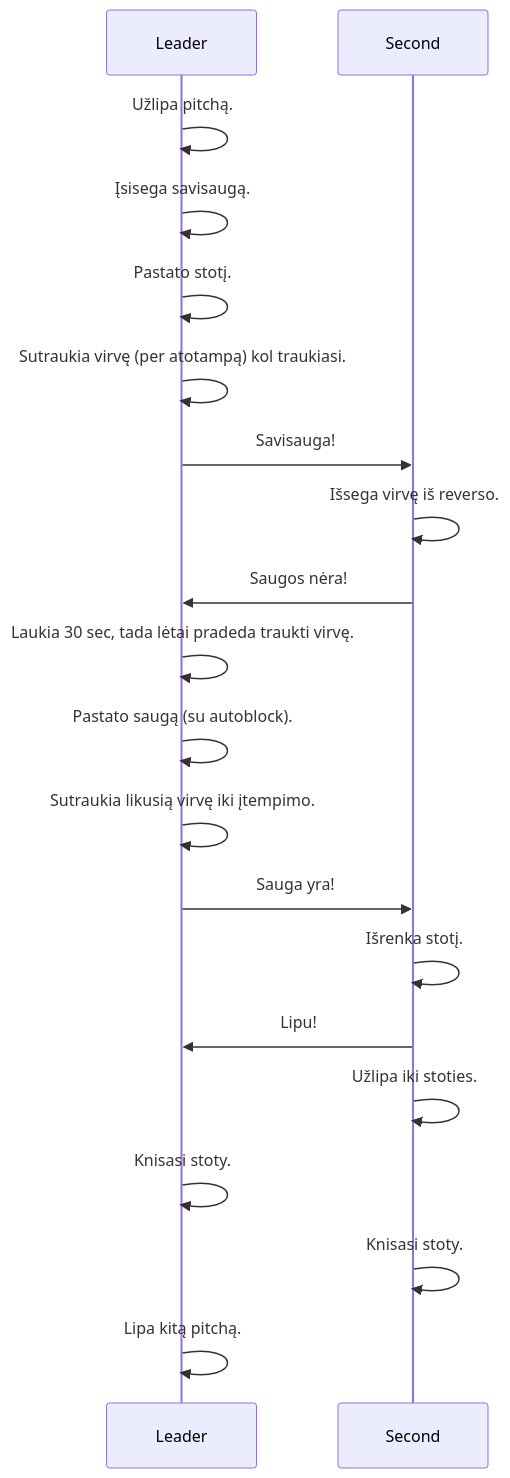
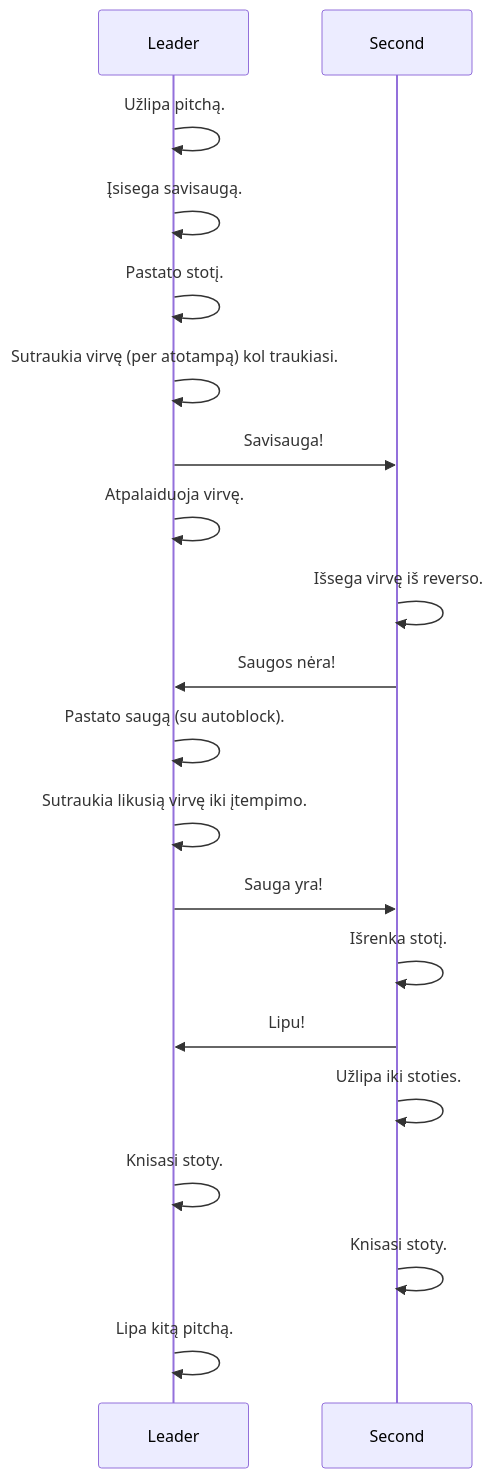
One commit to vzurauskas/multipitch changed the diagram in README.md. Above: the diagram before and after it, drawn with Mermaid. The commit also changed other lines of this file, not shown here.

````diff
--- a/README.md
+++ b/README.md
@@ -4,21 +4,21 @@
 ```mermaid
 sequenceDiagram
     Leader ->> Leader: Užlipa pitchą.
     Leader ->> Leader: Įsisega savisaugą.
     Leader ->> Leader: Pastato stotį.
     Leader ->> Leader: Sutraukia virvę (per atotampą) kol traukiasi.
     Leader ->> Second: Savisauga!
+    Leader ->> Leader: Atpalaiduoja virvę.
     Second ->> Second: Išsega virvę iš reverso.
     Second ->> Leader: Saugos nėra!
-    Leader ->> Leader: Laukia 30 sec, tada lėtai pradeda traukti virvę.
     Leader ->> Leader: Pastato saugą (su autoblock).
     Leader ->> Leader: Sutraukia likusią virvę iki įtempimo.
     Leader ->> Second: Sauga yra!
     Second ->> Second: Išrenka stotį.
     Second ->> Leader: Lipu!
     Second ->> Second: Užlipa iki stoties.
     Leader ->> Leader: Knisasi stoty.
     Second ->> Second: Knisasi stoty.
     Leader ->> Leader: Lipa kitą pitchą.
     
 ```
````
